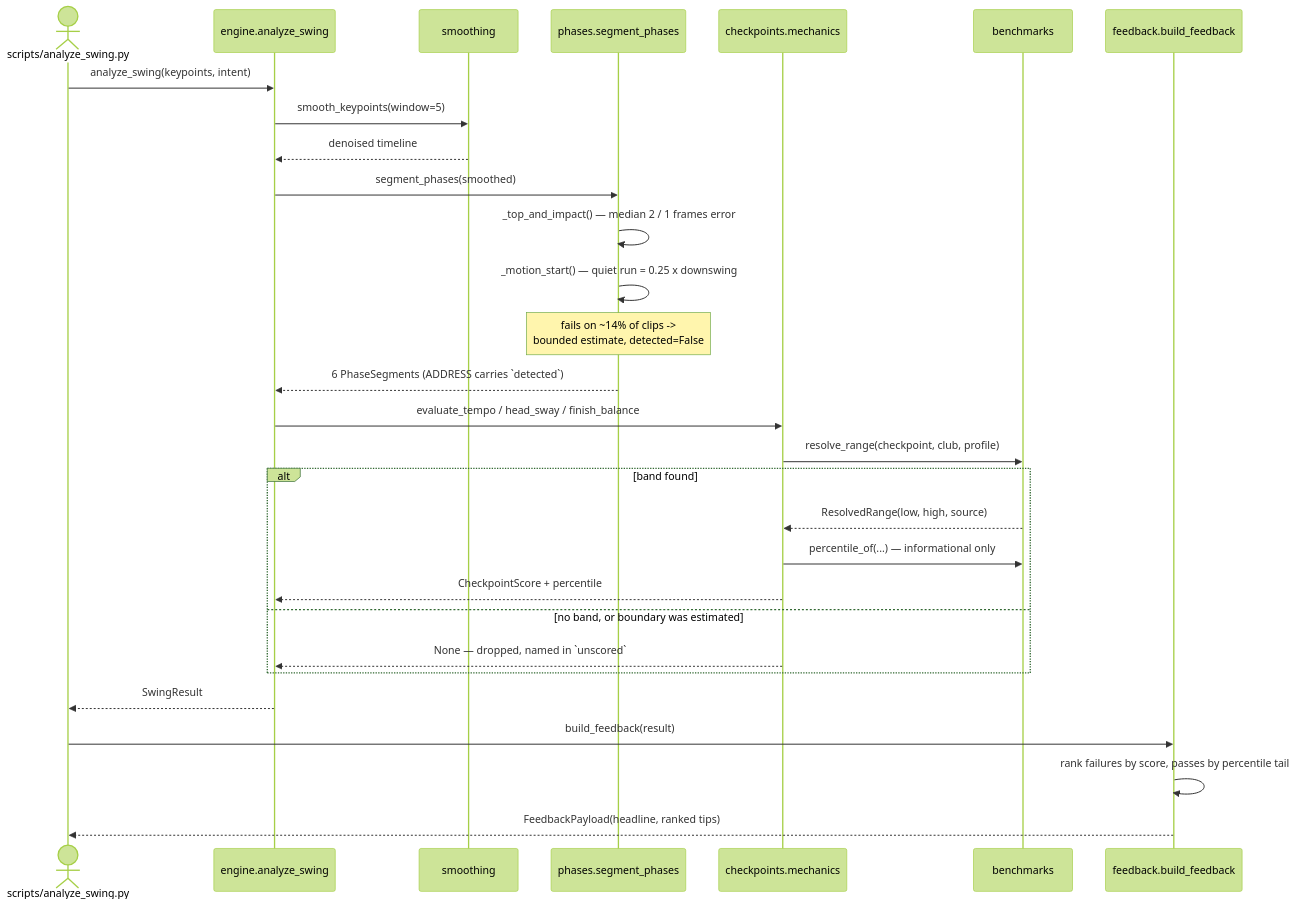
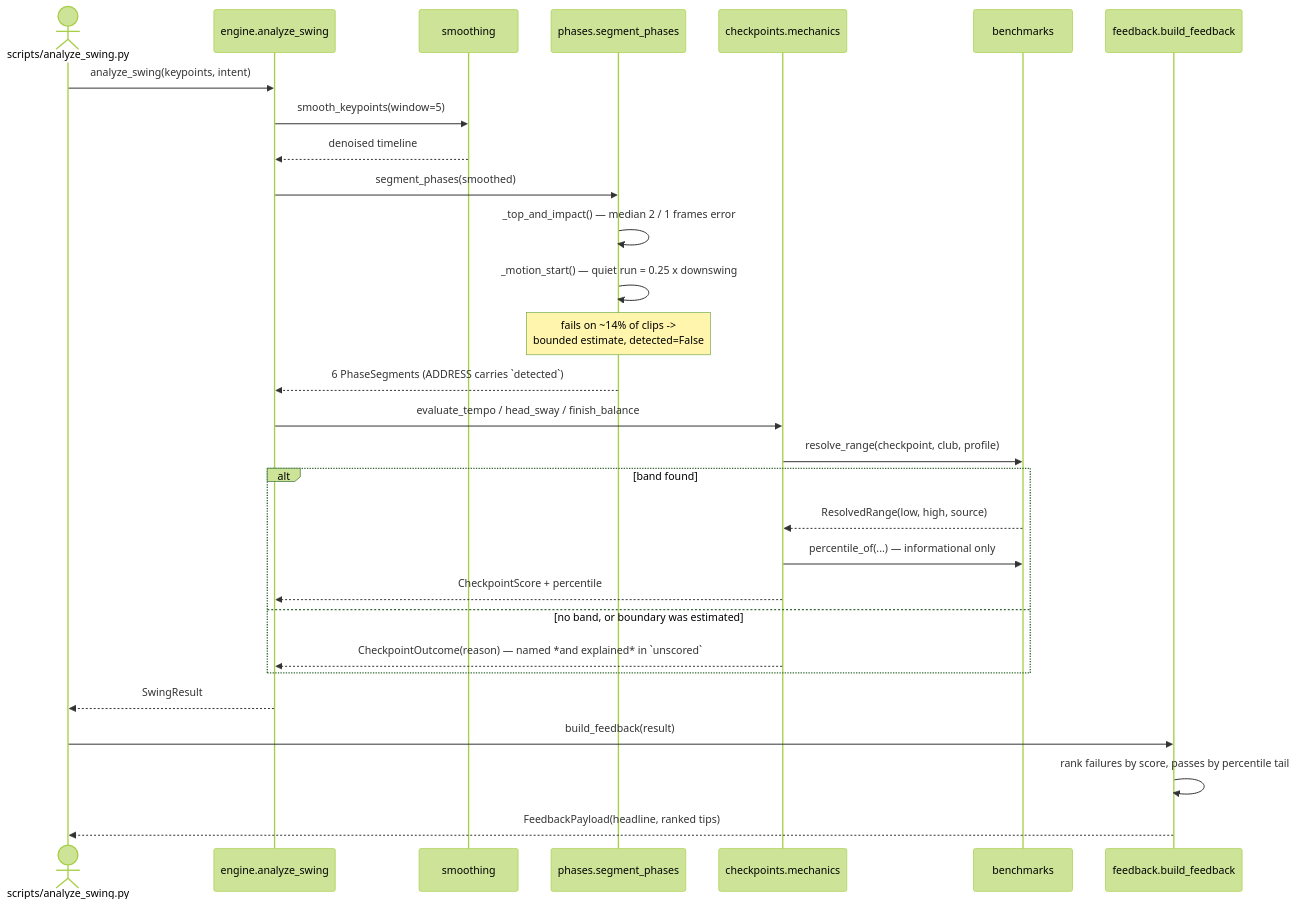
The third of 3 diagrams in docs/ARCHITECTURE.md (MildTreeRat/golf-coach), drawn with Mermaid (forest theme) before and after one commit. The commit also changed other lines of this file and 40 other files, not shown here.

````diff
--- a/docs/ARCHITECTURE.md
+++ b/docs/ARCHITECTURE.md
@@ -228,33 +228,33 @@
 ```mermaid
 sequenceDiagram
     actor Caller as scripts/analyze_swing.py
     participant Eng as engine.analyze_swing
     participant Sm as smoothing
     participant Ph as phases.segment_phases
     participant Chk as checkpoints.mechanics
     participant Bench as benchmarks
     participant FB as feedback.build_feedback
 
     Caller->>Eng: analyze_swing(keypoints, intent)
     Eng->>Sm: smooth_keypoints(window=5)
     Sm-->>Eng: denoised timeline
     Eng->>Ph: segment_phases(smoothed)
     Ph->>Ph: _top_and_impact() — median 2 / 1 frames error
     Ph->>Ph: _motion_start() — quiet run = 0.25 x downswing
     Note over Ph: fails on ~14% of clips -><br/>bounded estimate, detected=False
     Ph-->>Eng: 6 PhaseSegments (ADDRESS carries `detected`)
 
     Eng->>Chk: evaluate_tempo / head_sway / finish_balance
     Chk->>Bench: resolve_range(checkpoint, club, profile)
     alt band found
         Bench-->>Chk: ResolvedRange(low, high, source)
         Chk->>Bench: percentile_of(...) — informational only
         Chk-->>Eng: CheckpointScore + percentile
     else no band, or boundary was estimated
-        Chk-->>Eng: None — dropped, named in `unscored`
+        Chk-->>Eng: CheckpointOutcome(reason) — named *and explained* in `unscored`
     end
     Eng-->>Caller: SwingResult
     Caller->>FB: build_feedback(result)
     FB->>FB: rank failures by score, passes by percentile tail
     FB-->>Caller: FeedbackPayload(headline, ranked tips)
 ```
````
